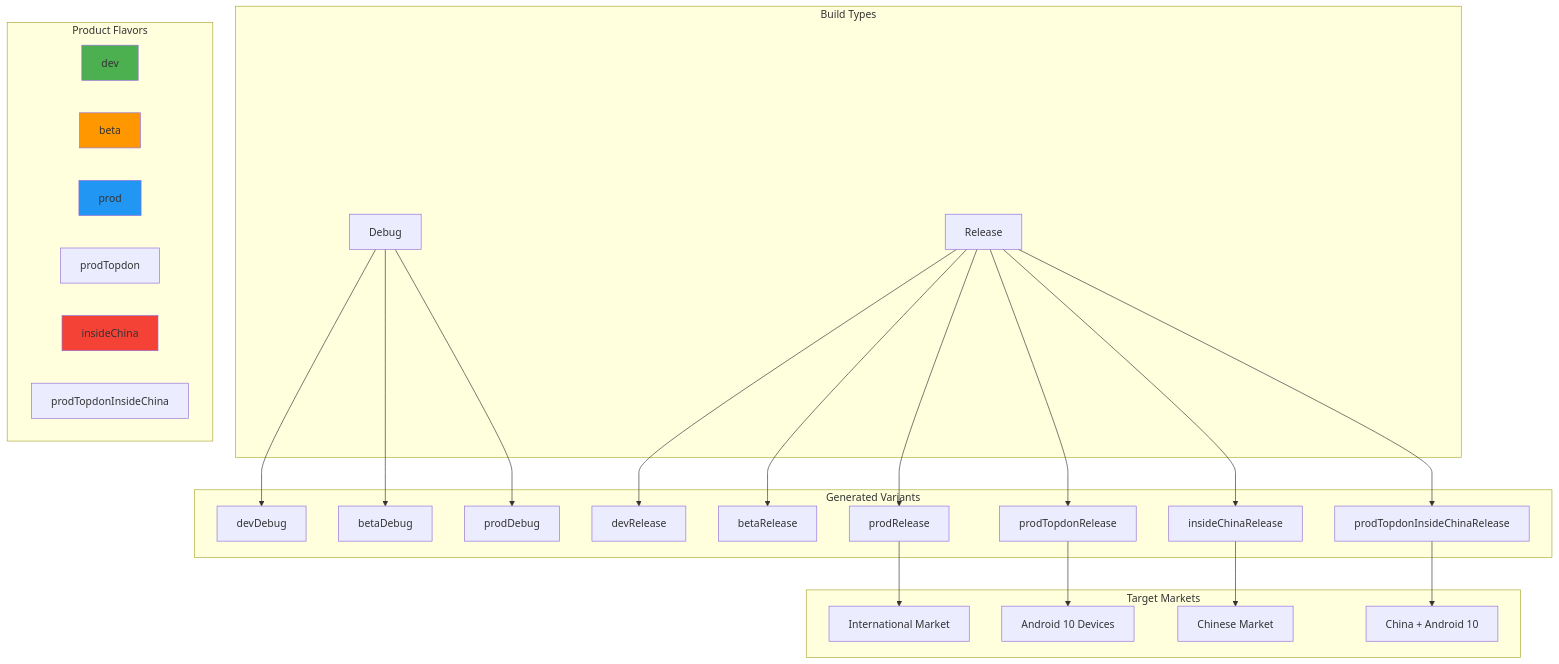
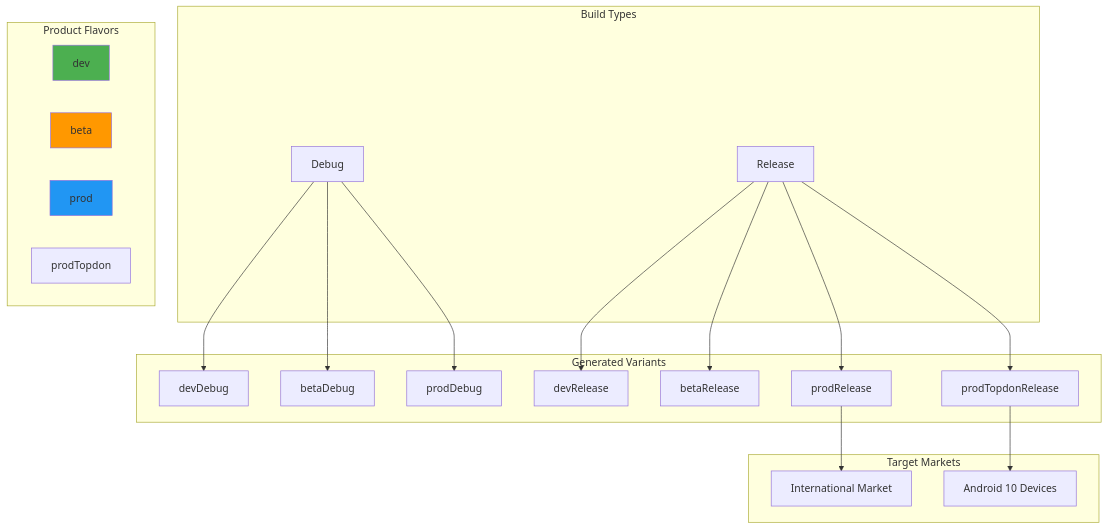
Before and after one commit to buccancs/TopInfrared: the seventh of 10 diagrams in README.md, drawn with Mermaid. The commit also changed other lines of this file and 2 other files, not shown here.

Commit message:
Remove Chinese content from documentation suite

````diff
--- a/README.md
+++ b/README.md
@@ -492,41 +492,34 @@
 ```mermaid
 graph TB
     subgraph "Build Types"
         DEBUG[Debug]
         RELEASE[Release]
     end
     
     subgraph "Product Flavors"
         DEV[dev]
         BETA[beta] 
         PROD[prod]
         PRODTOP[prodTopdon]
-        CHINA[insideChina]
-        CHINATOP[prodTopdonInsideChina]
     end
     
     subgraph "Generated Variants"
         DEBUG --> DEVDEBUG[devDebug]
         DEBUG --> BETADEBUG[betaDebug]
         DEBUG --> PRODDEBUG[prodDebug]
         
         RELEASE --> DEVREL[devRelease]
         RELEASE --> BETAREL[betaRelease]
         RELEASE --> PRODREL[prodRelease]
         RELEASE --> PRODTOPREL[prodTopdonRelease]
-        RELEASE --> CHINAREL[insideChinaRelease]
-        RELEASE --> CHINATOPREL[prodTopdonInsideChinaRelease]
     end
     
     subgraph "Target Markets"
         PRODREL --> INTL[International Market]
         PRODTOPREL --> ANDROID10[Android 10 Devices]
-        CHINAREL --> DOMESTIC[Chinese Market]
-        CHINATOPREL --> CHINA_ANDROID10[China + Android 10]
     end
     
     style DEV fill:#4caf50
     style BETA fill:#ff9800
     style PROD fill:#2196f3
-    style CHINA fill:#f44336
 ```
````
